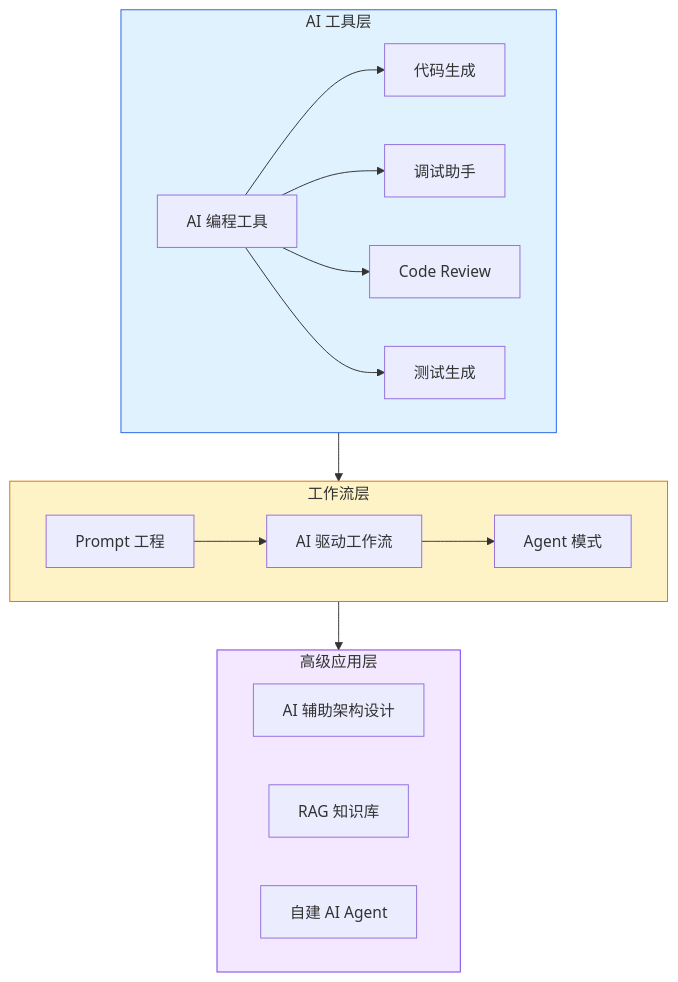
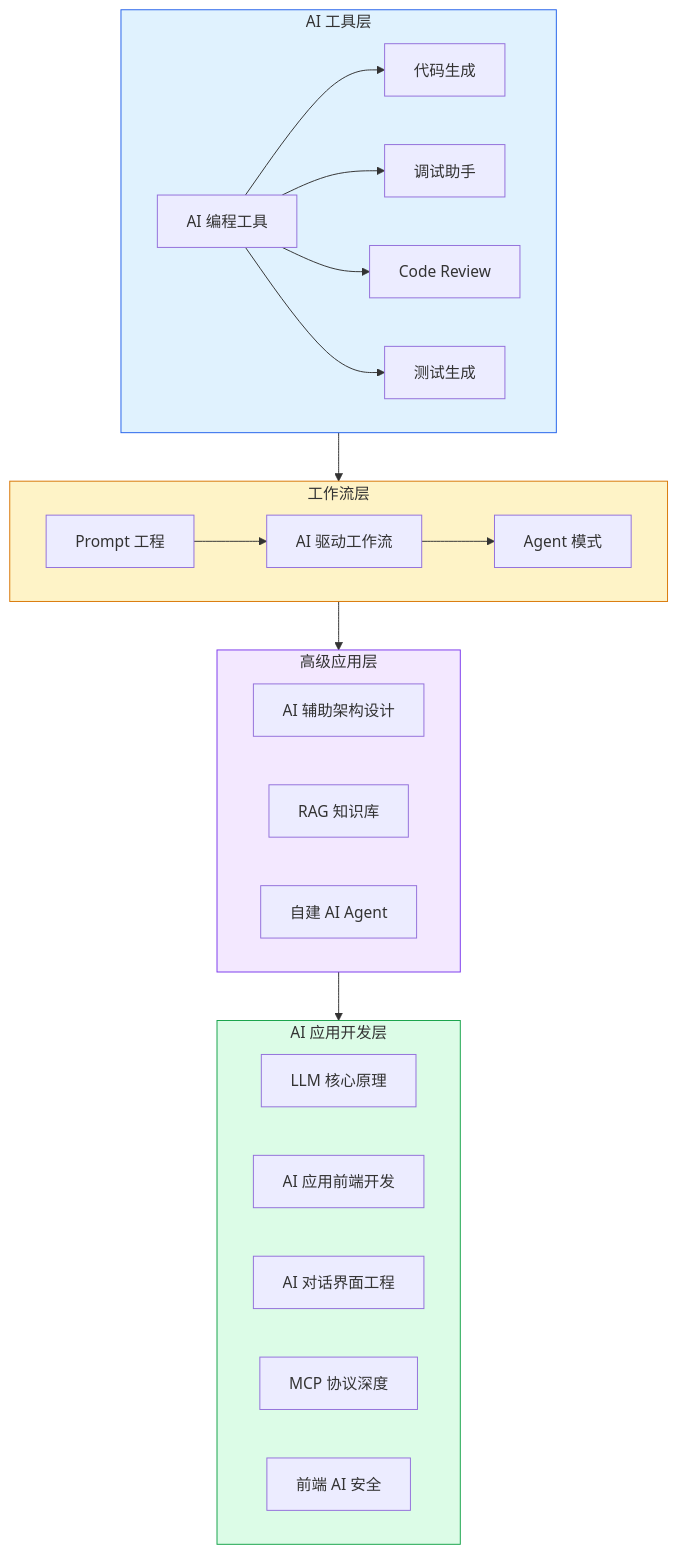
The diagram in docs/ai-dev/index.md (TonyXY/frontend-interview), drawn with Mermaid before and after one commit. The commit also changed other lines of this file and 6 other files, not shown here.

````diff
--- a/docs/ai-dev/index.md
+++ b/docs/ai-dev/index.md
@@ -12,23 +12,31 @@
 ```mermaid
 flowchart TD
   subgraph Tools[AI 工具层]
     A[AI 编程工具] --> B[代码生成]
     A --> C[调试助手]
     A --> D[Code Review]
     A --> E[测试生成]
   end
   subgraph Workflow[工作流层]
     F[Prompt 工程] --> G[AI 驱动工作流]
     G --> H[Agent 模式]
   end
   subgraph Advanced[高级应用层]
     I[AI 辅助架构设计]
     J[RAG 知识库]
     K[自建 AI Agent]
   end
-  Tools --> Workflow --> Advanced
+  subgraph AppDev[AI 应用开发层]
+    L[LLM 核心原理]
+    M[AI 应用前端开发]
+    N[AI 对话界面工程]
+    O[MCP 协议深度]
+    P[前端 AI 安全]
+  end
+  Tools --> Workflow --> Advanced --> AppDev
 
   style Tools fill:#e0f2fe,stroke:#2563eb
   style Workflow fill:#fef3c7,stroke:#d97706
   style Advanced fill:#f3e8ff,stroke:#7c3aed
+  style AppDev fill:#dcfce7,stroke:#16a34a
 ```
````
